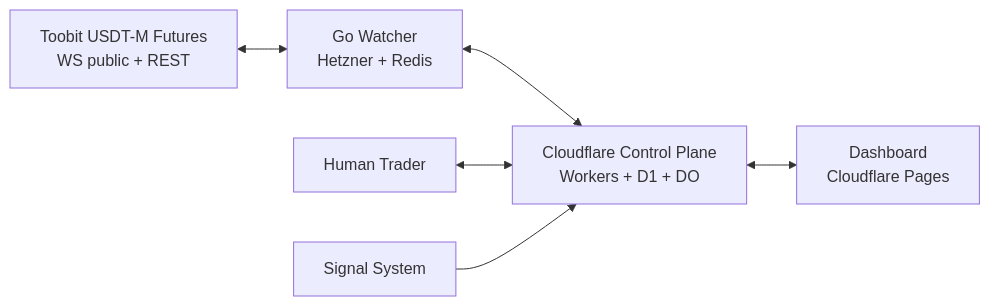
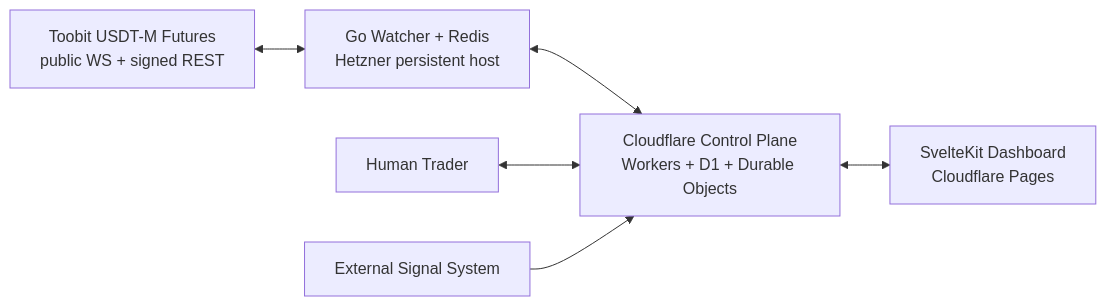
The first of 2 diagrams in docs/02-system-architecture.md (mehranjanati/trading-agent), drawn with Mermaid before and after one commit. The commit also changed other lines of this file and 26 other files, not shown here.

````diff
--- a/docs/02-system-architecture.md
+++ b/docs/02-system-architecture.md
@@ -4,8 +6,8 @@
 ```mermaid
 flowchart LR
-  TB[Toobit USDT-M Futures<br/>WS public + REST] <--> GO[Go Watcher<br/>Hetzner + Redis]
-  GO <--> CF[Cloudflare Control Plane<br/>Workers + D1 + DO]
-  CF <--> DASH[Dashboard<br/>Cloudflare Pages]
+  TB[Toobit USDT-M Futures<br/>public WS + signed REST] <--> GO[Go Watcher + Redis<br/>Hetzner persistent host]
+  GO <--> CF[Cloudflare Control Plane<br/>Workers + D1 + Durable Objects]
+  CF <--> DASH[SvelteKit Dashboard<br/>Cloudflare Pages]
   H[Human Trader] <--> CF
-  EXT[Signal System] --> CF
+  EXT[External Signal System] --> CF
 ```
````
